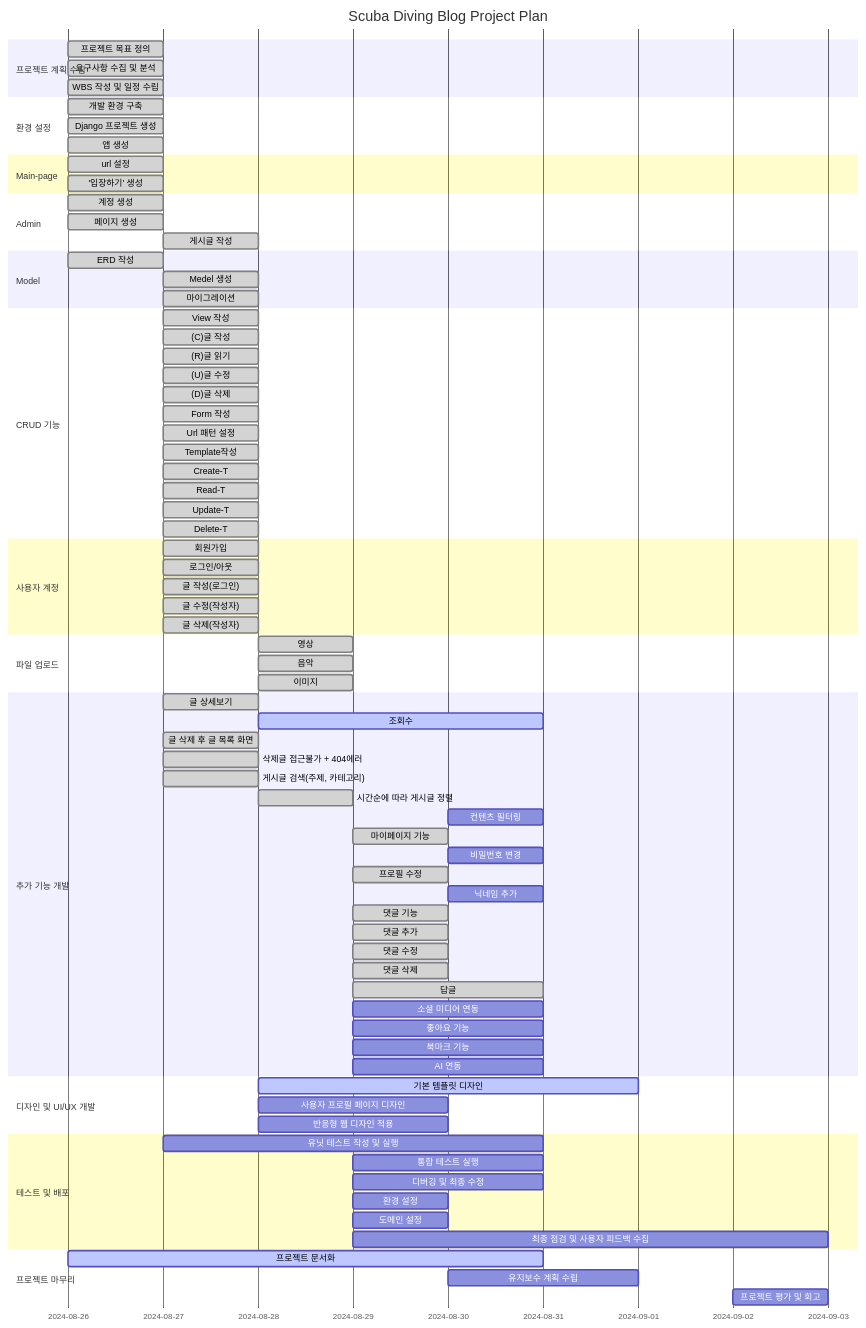
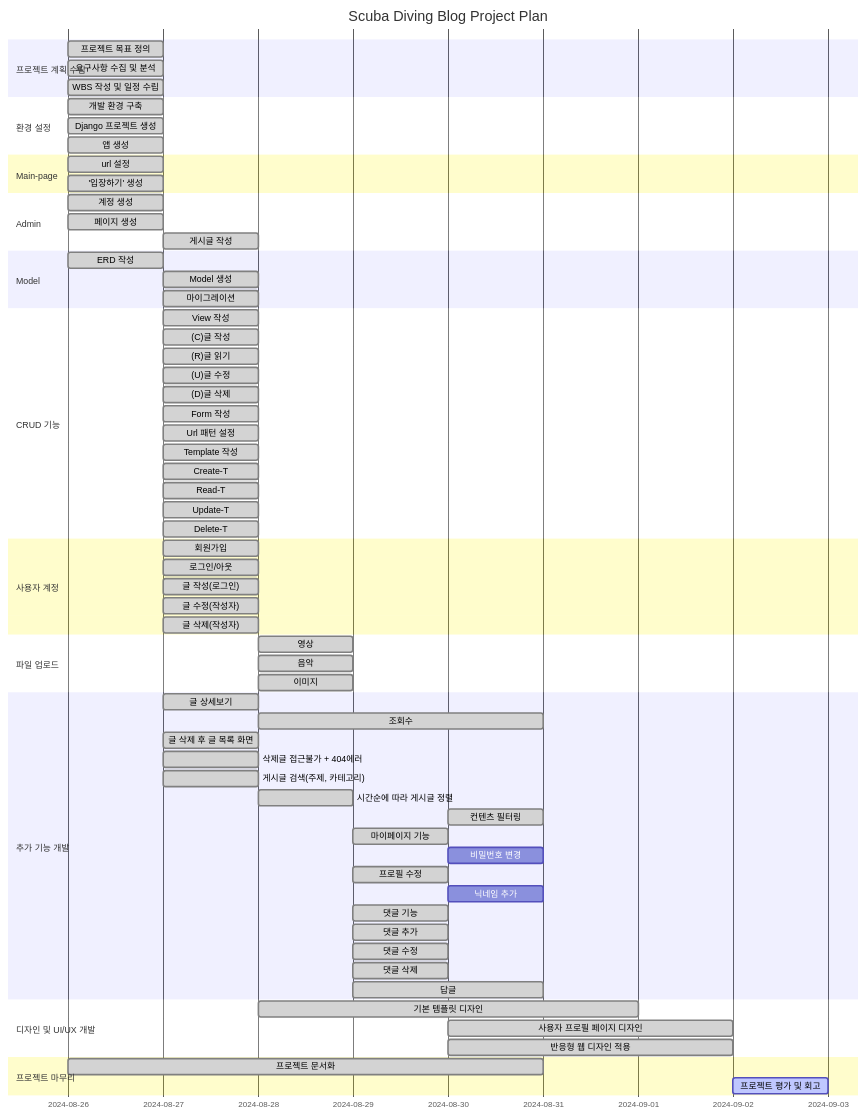
The first of 4 diagrams in README.md (heeeee-github/travel_blog), drawn with Mermaid before and after one commit. The commit also changed other lines of this file and 75 other files, not shown here.

Commit message:
:lipstick: bootstrap활용한 디자인 및 카테고리, 최근 작성 게시물, 인기게시물 등 수정

````diff
--- a/README.md
+++ b/README.md
@@ -49,77 +53,61 @@
 
     section Model
     ERD 작성                     : done, e1, 2024-08-26, 1d
-    Medel 생성                   : done, e2, 2024-08-27, 1d
-    마이그레이션                  : done, e2-1, 2024-08-27, 1d
+    Model 생성                   : done, e2, 2024-08-27, 1d
+    마이그레이션                  : done, e3, 2024-08-27, 1d
     
     section CRUD 기능
-    View 작성                   : done, e1, 2024-08-27, 1d
-    (C)글 작성                   : done, e1-1, 2024-08-27, 1d
-    (R)글 읽기                   : done, e1-2, 2024-08-27, 1d
-    (U)글 수정                   : done, e1-3, 2024-08-27, 1d
-    (D)글 삭제                   : done, e1-4, 2024-08-27, 1d
-    Form 작성                   : done, e2, 2024-08-27, 1d
-    Url 패턴 설정                 : done,  e3, 2024-08-27, 1d
-    Template작성                   : done, e4, 2024-08-27, 1d
-    Create-T                   : done, e4-1, 2024-08-27, 1d
-    Read-T                     : done, e4-1, 2024-08-27, 1d
-    Update-T                   : done, e4-1, 2024-08-27, 1d
-    Delete-T                   : done, e4-1, 2024-08-27, 1d
+    View 작성                   : done, f1, 2024-08-27, 1d
+    (C)글 작성                   : done, f2, 2024-08-27, 1d
+    (R)글 읽기                   : done, f3, 2024-08-27, 1d
+    (U)글 수정                   : done, f4, 2024-08-27, 1d
+    (D)글 삭제                   : done, f5, 2024-08-27, 1d
+    Form 작성                   : done, f6, 2024-08-27, 1d
+    Url 패턴 설정                 : done,  f7, 2024-08-27, 1d
+    Template 작성                   : done, f8, 2024-08-27, 1d
+    Create-T                   : done, f9, 2024-08-27, 1d
+    Read-T                     : done, f10, 2024-08-27, 1d
+    Update-T                   : done, f11, 2024-08-27, 1d
+    Delete-T                   : done, f12, 2024-08-27, 1d
 
     section 사용자 계정
-    회원가입                   : done, f1, 2024-08-27, 1d
-    로그인/아웃                 : done, f2, 2024-08-27, 1d
-    글 작성(로그인)             : done, f3-1, 2024-08-27, 1d
-    글 수정(작성자)             : done, f3-2, 2024-08-27, 1d
-    글 삭제(작성자)             : done, f3-3, 2024-08-27, 1d
-
+    회원가입                   : done, g1, 2024-08-27, 1d
+    로그인/아웃                 : done, g2, 2024-08-27, 1d
+    글 작성(로그인)             : done, g3, 2024-08-27, 1d
+    글 수정(작성자)             : done, g4, 2024-08-27, 1d
+    글 삭제(작성자)             : done, g5, 2024-08-27, 1d
 
     section 파일 업로드
-    영상                   : done, g1, 2024-08-28, 1d
-    음악                   : done, g2, 2024-08-28, 1d
-    이미지                   : done, g3, 2024-08-28, 1d
+    영상                   : done, h1, 2024-08-28, 1d
+    음악                   : done, h2, 2024-08-28, 1d
+    이미지                   : done, h3, 2024-08-28, 1d
 
     section 추가 기능 개발
-    글 상세보기                   : done, h1, 2024-08-27, 1d
-    조회수                      : active, h2, 2024-08-28, 3d
-    글 삭제 후 글 목록 화면      : done, h3, 2024-08-27, 1d
-    삭제글 접근불가 + 404에러   : done, h4, 2024-08-27, 1d
-    게시글 검색(주제, 카테고리)   : done, h5, 2024-08-27, 1d
-    시간순에 따라 게시글 정렬   : done, h6, 2024-08-28, 1d
-    컨텐츠 필터링               : h7, 2024-08-30, 1d
+    글 상세보기                   : done, i1, 2024-08-27, 1d
+    조회수                      : done, i2, 2024-08-28, 3d
+    글 삭제 후 글 목록 화면      : done, i3, 2024-08-27, 1d
+    삭제글 접근불가 + 404에러   : done, i4, 2024-08-27, 1d
+    게시글 검색(주제, 카테고리)   : done, i5, 2024-08-27, 1d
+    시간순에 따라 게시글 정렬   : done, i6, 2024-08-28, 1d
+    컨텐츠 필터링               : done, i7, 2024-08-30, 1d
 
-    마이페이지 기능                   : done,h7, 2024-08-29, 1d
-    비밀번호 변경                    : h7-1, 2024-08-30, 1d
-    프로필 수정                   : done,h7-2, 2024-08-29, 1d
-    닉네임 추가                    : h7-3, 2024-08-30, 1d
+    마이페이지 기능                   : done, i8, 2024-08-29, 1d
+    비밀번호 변경                    : i9, 2024-08-30, 1d
+    프로필 수정                   : done,i10, 2024-08-29, 1d
+    닉네임 추가                    : i11, 2024-08-30, 1d
 
-    댓글 기능                    : done, h8, 2024-08-29, 1d
-    댓글 추가                    : done, h8-1, 2024-08-29, 1d
-    댓글 수정                    : done, h8-2, 2024-08-29, 1d
-    댓글 삭제                    : done, h8-3, 2024-08-29, 1d
-    답글                        : done, h8-4, 2024-08-29, 2d
-    
-    소셜 미디어 연동               : g9, 2024-08-29, 2d
-    좋아요 기능                    : g10, 2024-08-29, 2d
-    북마크 기능                    : g11, 2024-08-29, 2d
-
-    AI 연동                       : g12, 2024-08-29, 2d
+    댓글 기능                    : done, i12, 2024-08-29, 1d
+    댓글 추가                    : done, i13, 2024-08-29, 1d
+    댓글 수정                    : done, i14, 2024-08-29, 1d
+    댓글 삭제                    : done, i15, 2024-08-29, 1d
+    답글                        : done, i16, 2024-08-29, 2d
 
     section 디자인 및 UI/UX 개발
-    기본 템플릿 디자인                       : active, h1, 2024-08-28, 4d
-    사용자 프로필 페이지 디자인                 : h2, 2024-08-28, 2d
-    반응형 웹 디자인 적용                    : h3, 2024-08-28, 2d
-
-    section 테스트 및 배포
-    유닛 테스트 작성 및 실행                  : i1, 2024-08-27, 4d
-    통합 테스트 실행                         : i2, 2024-08-29, 2d
-    디버깅 및 최종 수정                      : i3, 2024-08-29, 2d
-    환경 설정                           : i4, 2024-08-29, 1d
-    도메인 설정                      : i5, 2024-08-29, 1d
-    최종 점검 및 사용자 피드백 수집     : i6, 2024-08-29, 5d
+    기본 템플릿 디자인                       : done, j1, 2024-08-28, 4d
+    사용자 프로필 페이지 디자인                 : done, j2, 2024-08-30, 3d
+    반응형 웹 디자인 적용                    : done, j3, 2024-08-30, 3d
 
     section 프로젝트 마무리
-    프로젝트 문서화                : active, j1, 2024-08-26, 5d
-    유지보수 계획 수립             : j2, 2024-08-30, 2d
-    프로젝트 평가 및 회고         : j3, 2024-09-02, 1d
+    프로젝트 문서화                : done, k1, 2024-08-26, 5d
+    프로젝트 평가 및 회고         : active, k2, 2024-09-02, 1d
 ```
````
